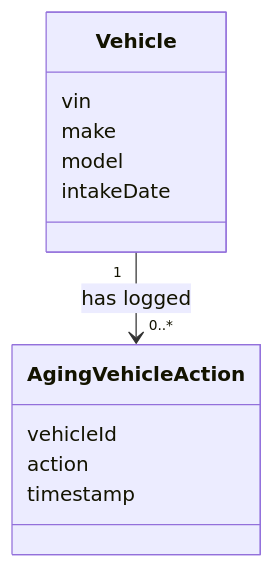
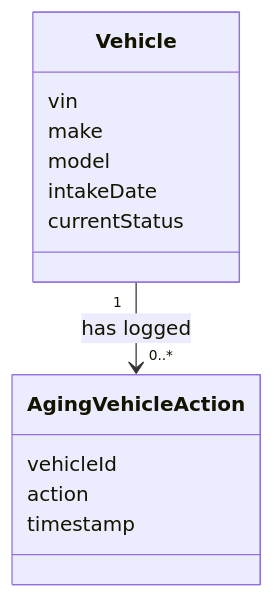
The first of 4 diagrams in SDD.md (nmtrong1000/keyloop-challenge), drawn with Mermaid before and after one commit. The commit also changed other lines of this file and 1 other file, not shown here.

First line of the commit message:
docs(STORY_20): sync SDD architecture and data-flow diagrams with SSR

````diff
--- a/SDD.md
+++ b/SDD.md
@@ -71,15 +28,16 @@
 ```mermaid
 classDiagram
     class Vehicle {
         vin
         make
         model
         intakeDate
+        currentStatus
     }
     class AgingVehicleAction {
         vehicleId
         action
         timestamp
     }
     Vehicle "1" --> "0..*" AgingVehicleAction : has logged
 ```
````
